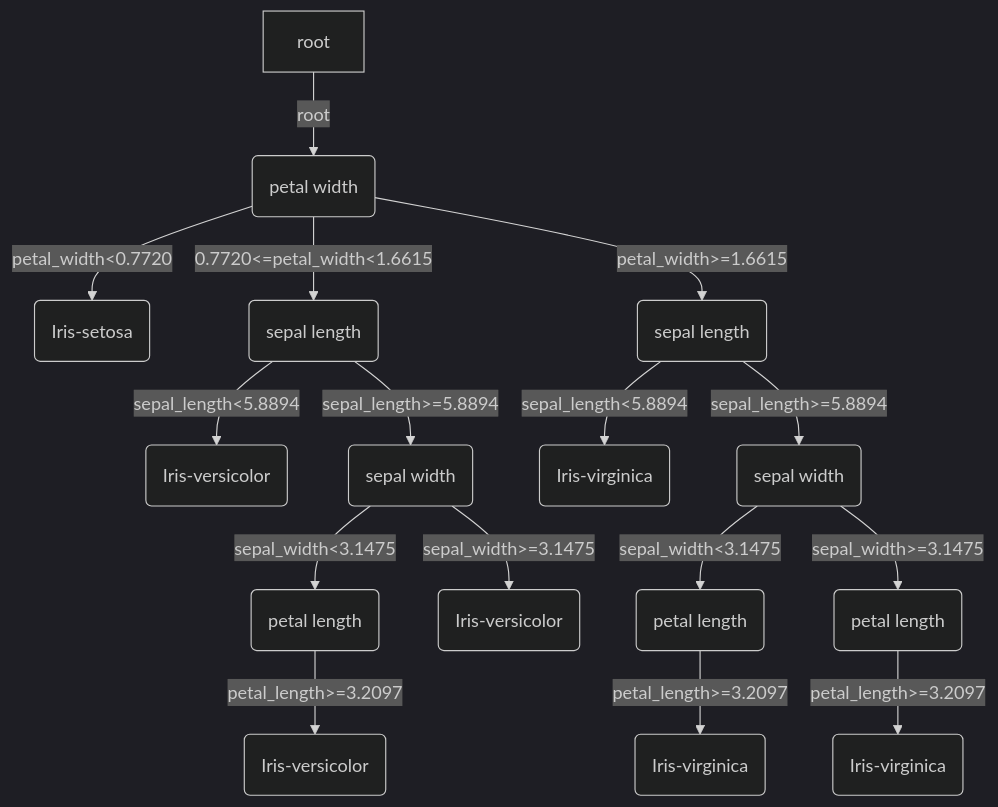
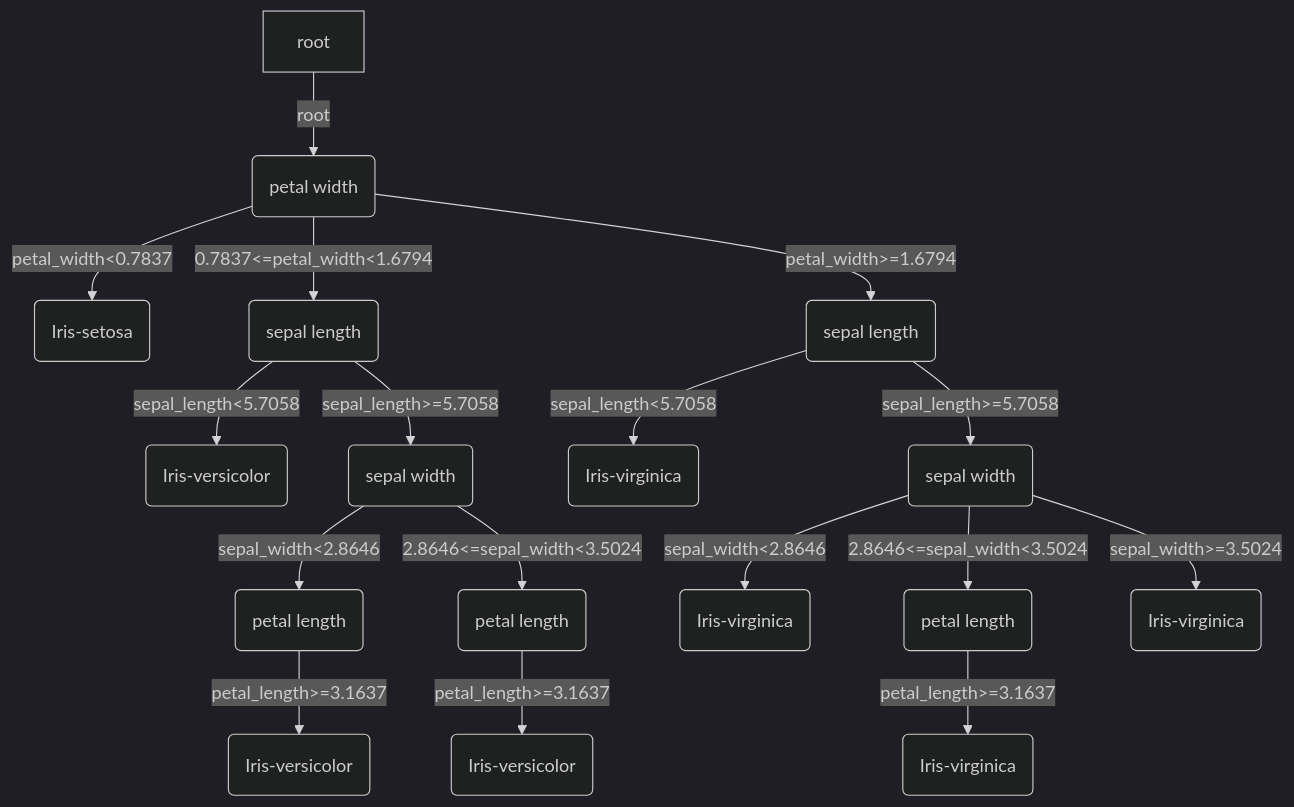
The second of 3 diagrams in README.md (Bozenton/Decision-Tree), drawn with Mermaid (dark theme) before and after one commit. The commit also changed other lines of this file and 5 other files, not shown here.

````diff
--- a/README.md
+++ b/README.md
@@ -14,18 +107,19 @@
 ```mermaid
 graph TB
 root--root-->a(petal width)
-a(petal width)--petal_width<0.7720-->a0(Iris-setosa)
-a(petal width)--0.7720<=petal_width<1.6615-->a1(sepal length)
-a1(sepal length)--sepal_length<5.8894-->a10(Iris-versicolor)
-a1(sepal length)--sepal_length>=5.8894-->a11(sepal width)
-a11(sepal width)--sepal_width<3.1475-->a110(petal length)
-a110(petal length)--petal_length>=3.2097-->a1100(Iris-versicolor)
-a11(sepal width)--sepal_width>=3.1475-->a111(Iris-versicolor)
-a(petal width)--petal_width>=1.6615-->a2(sepal length)
-a2(sepal length)--sepal_length<5.8894-->a20(Iris-virginica)
-a2(sepal length)--sepal_length>=5.8894-->a21(sepal width)
-a21(sepal width)--sepal_width<3.1475-->a210(petal length)
-a210(petal length)--petal_length>=3.2097-->a2100(Iris-virginica)
-a21(sepal width)--sepal_width>=3.1475-->a211(petal length)
-a211(petal length)--petal_length>=3.2097-->a2110(Iris-virginica)
+a(petal width)--petal_width<0.7837-->a0(Iris-setosa)
+a(petal width)--0.7837<=petal_width<1.6794-->a1(sepal length)
+a1(sepal length)--sepal_length<5.7058-->a10(Iris-versicolor)
+a1(sepal length)--sepal_length>=5.7058-->a11(sepal width)
+a11(sepal width)--sepal_width<2.8646-->a110(petal length)
+a110(petal length)--petal_length>=3.1637-->a1100(Iris-versicolor)
+a11(sepal width)--2.8646<=sepal_width<3.5024-->a111(petal length)
+a111(petal length)--petal_length>=3.1637-->a1110(Iris-versicolor)
+a(petal width)--petal_width>=1.6794-->a2(sepal length)
+a2(sepal length)--sepal_length<5.7058-->a20(Iris-virginica)
+a2(sepal length)--sepal_length>=5.7058-->a21(sepal width)
+a21(sepal width)--sepal_width<2.8646-->a210(Iris-virginica)
+a21(sepal width)--2.8646<=sepal_width<3.5024-->a211(petal length)
+a211(petal length)--petal_length>=3.1637-->a2110(Iris-virginica)
+a21(sepal width)--sepal_width>=3.5024-->a212(Iris-virginica)
 ```
````
